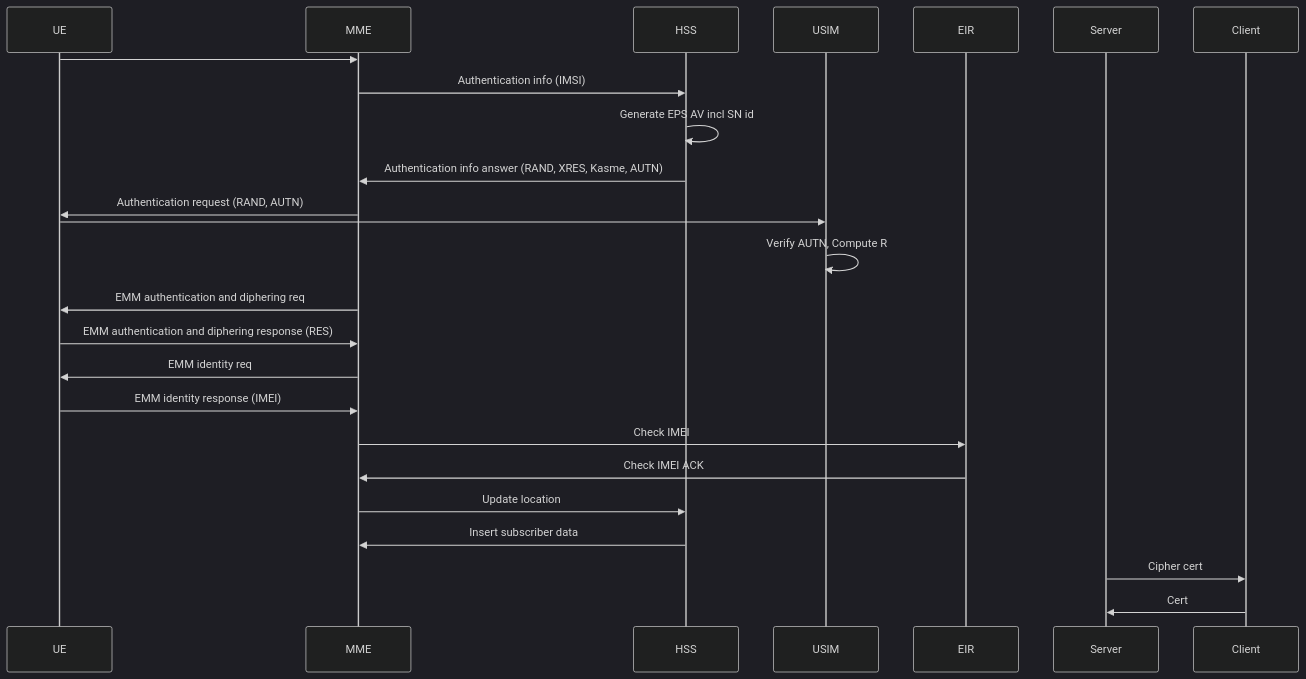
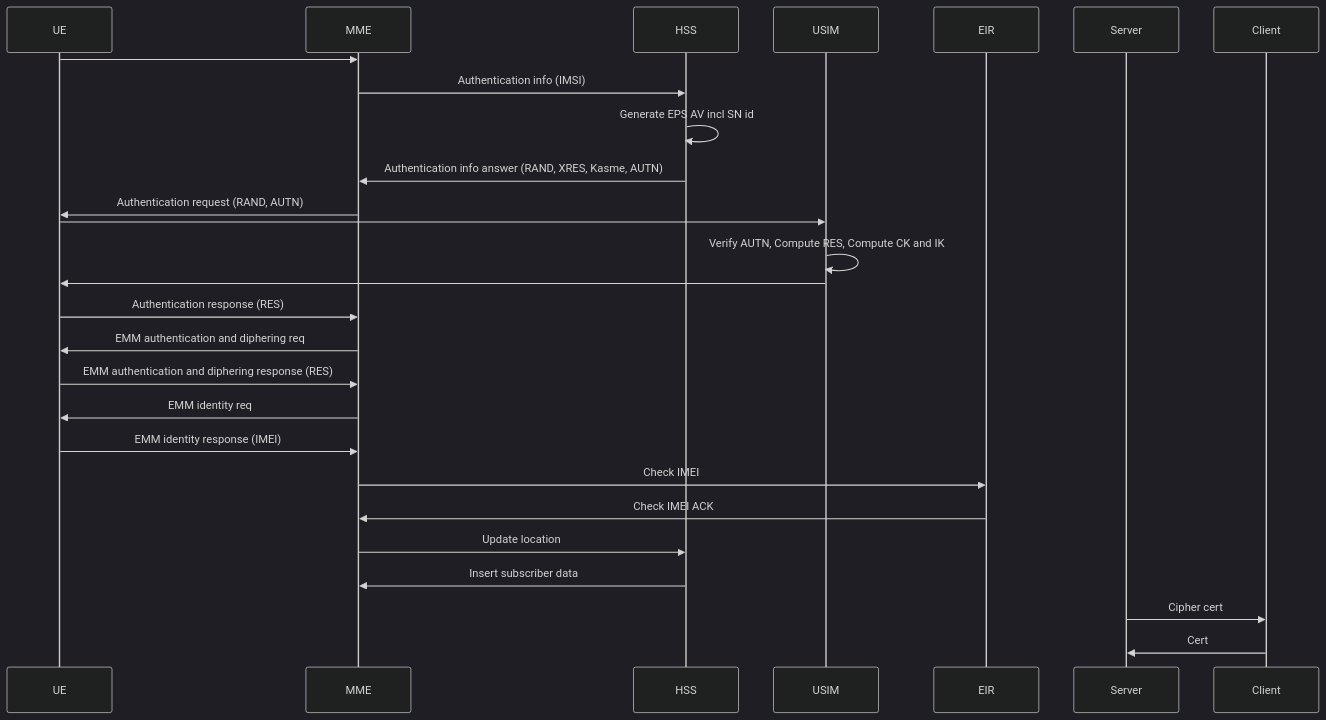
Before and after one commit to ThomasRochette/NoteCours: the diagram in ARM.md, drawn with Mermaid (dark theme). The commit also changed other lines of this file, not shown here.

Commit message:
Uploaded by https://stackedit.io/

````diff
--- a/ARM.md
+++ b/ARM.md
@@ -80,21 +80,23 @@
 ```mermaid
 sequenceDiagram
 UE ->> MME: 
 MME ->> HSS: Authentication info (IMSI)
 HSS ->> HSS: Generate EPS AV incl SN id
 HSS ->> MME: Authentication info answer (RAND, XRES, Kasme, AUTN)
 MME ->> UE: Authentication request (RAND, AUTN)
 UE ->> USIM: 
-USIM ->> USIM: Verify AUTN, Compute R 
+USIM ->> USIM: Verify AUTN, Compute RES, Compute CK and IK
+USIM ->> UE: 
+UE ->> MME: Authentication response (RES) 
 
 MME ->> UE: EMM authentication and diphering req
 UE ->> MME: EMM authentication and diphering response (RES)
 MME ->> UE: EMM identity req
 UE ->> MME: EMM identity response (IMEI)
 MME ->> EIR: Check IMEI
 EIR ->> MME: Check IMEI ACK
 MME ->> HSS: Update location
 HSS ->> MME: Insert subscriber data
 Server ->> Client: Cipher cert
 Client ->> Server: Cert
 ```
````
